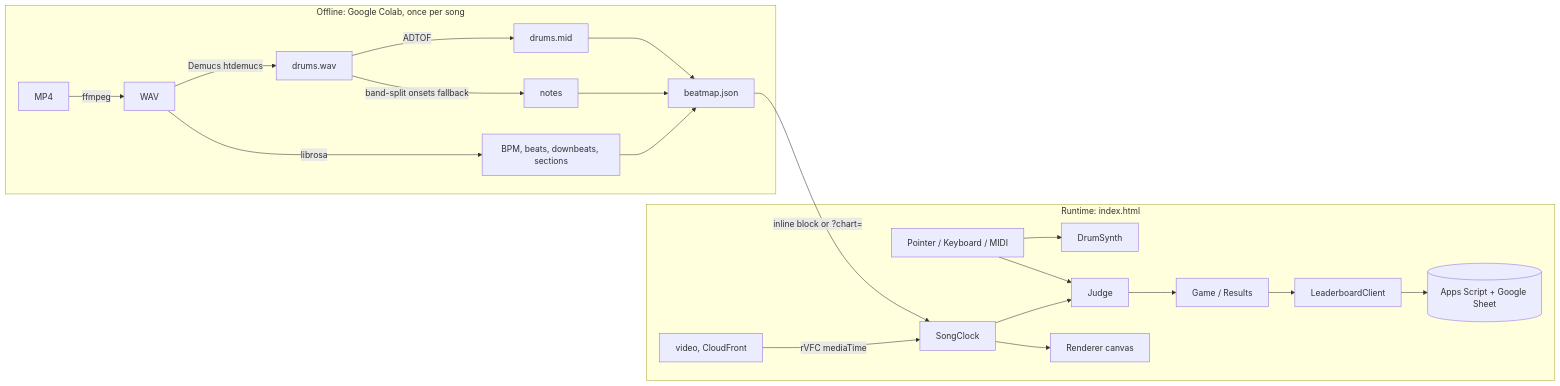
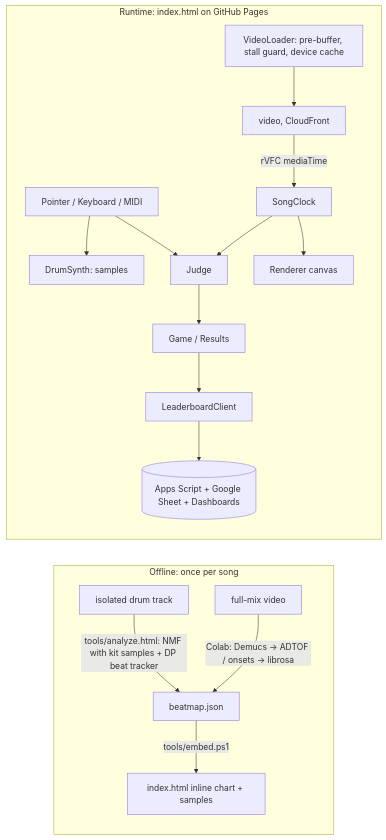
The second of 4 diagrams in README.md (aaron-chen-angus/intellicare-playalong-grace01), drawn with Mermaid before and after one commit. The commit also changed other lines of this file, not shown here.

````diff
--- a/README.md
+++ b/README.md
@@ -65,22 +382,17 @@
 ```mermaid
 flowchart LR
-  subgraph Offline [Offline: Google Colab, once per song]
-    A[MP4] -->|ffmpeg| B[WAV]
-    B -->|Demucs htdemucs| C[drums.wav]
-    C -->|ADTOF| D[drums.mid]
-    C -->|band-split onsets fallback| D2[notes]
-    B -->|librosa| E[BPM, beats, downbeats, sections]
-    D --> F[beatmap.json]
-    D2 --> F
-    E --> F
+  subgraph Offline [Offline: once per song]
+    DT[isolated drum track] -->|tools/analyze.html: NMF with kit samples + DP beat tracker| BM[beatmap.json]
+    MP4[full-mix video] -->|Colab: Demucs → ADTOF / onsets → librosa| BM
+    BM -->|tools/embed.ps1| IDX[index.html inline chart + samples]
   end
-  F -->|inline block or ?chart=| G
-  subgraph Runtime [Runtime: index.html]
+  subgraph Runtime [Runtime: index.html on GitHub Pages]
     V[video, CloudFront] -->|rVFC mediaTime| G[SongClock]
-    I[Pointer / Keyboard / MIDI] --> S[DrumSynth]
+    VL[VideoLoader: pre-buffer, stall guard, device cache] --> V
+    I[Pointer / Keyboard / MIDI] --> S[DrumSynth: samples]
     I --> J[Judge] --> GM[Game / Results]
     G --> J
     G --> R[Renderer canvas]
-    GM --> LB[LeaderboardClient] --> AS[(Apps Script + Google Sheet)]
+    GM --> LB[LeaderboardClient] --> AS[(Apps Script + Google Sheet + Dashboards)]
   end
 ```
````
